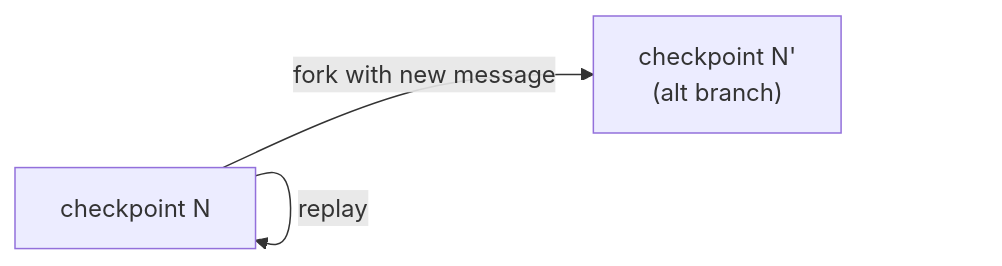
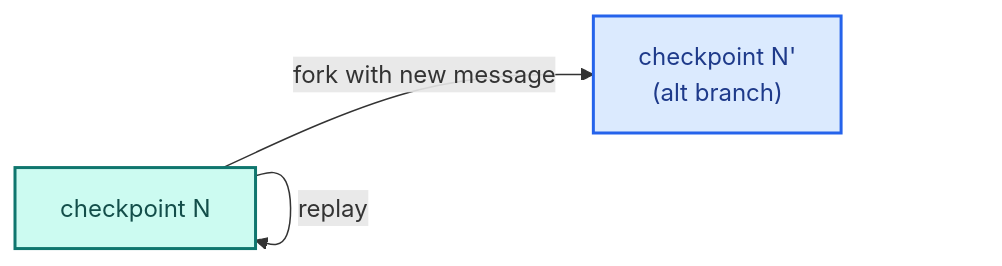
Before and after one commit to nguyentrathao-agilityio/travel-assistant: the second of 2 diagrams in docs/flows/05-time-travel.md, drawn with Mermaid. The commit also changed other lines of this file and 6 other files, not shown here.

Commit message:
docs: style Mermaid workflow diagrams

````diff
--- a/docs/flows/05-time-travel.md
+++ b/docs/flows/05-time-travel.md
@@ -18,5 +26,11 @@
 ```mermaid
 flowchart LR
     T1[checkpoint N] -->|replay| T1
     T1 -->|fork with new message| T2["checkpoint N'\n(alt branch)"]
+
+    classDef current fill:#ccfbf1,stroke:#0f766e,color:#134e4a,stroke-width:2px
+    classDef alternate fill:#dbeafe,stroke:#2563eb,color:#1e3a8a,stroke-width:2px
+
+    class T1 current
+    class T2 alternate
 ```
````
